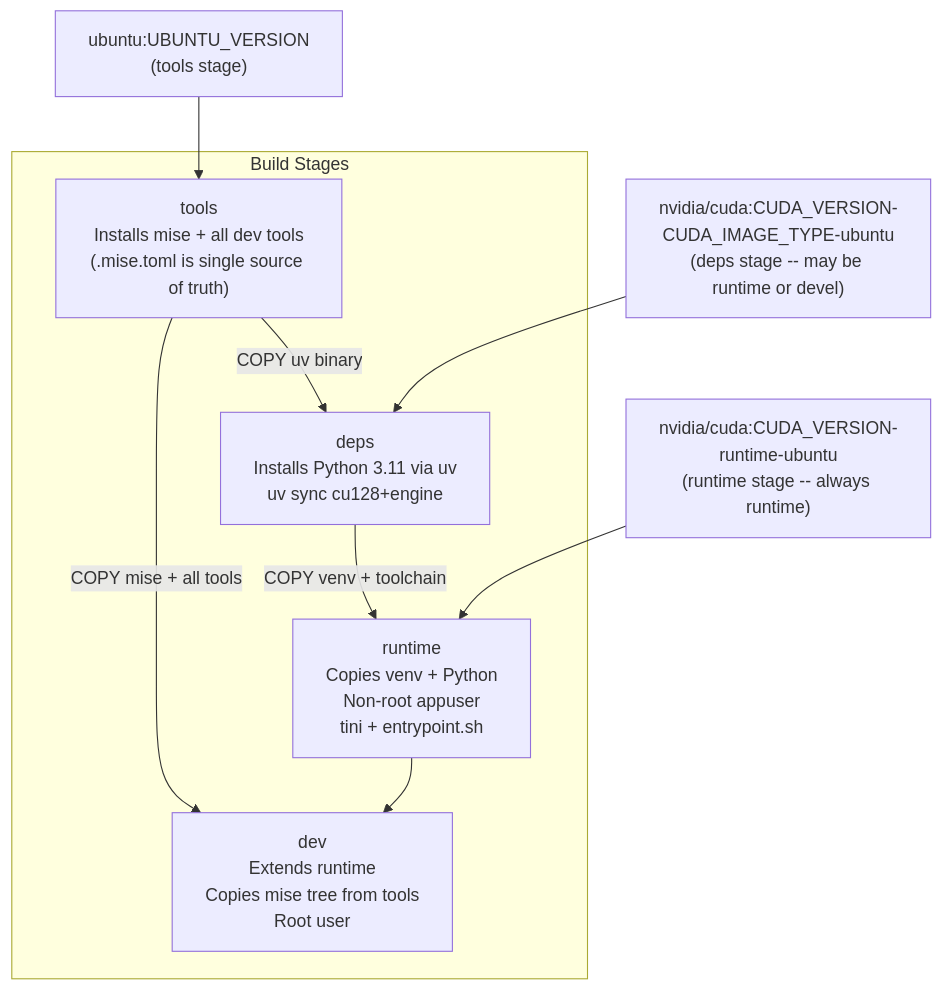
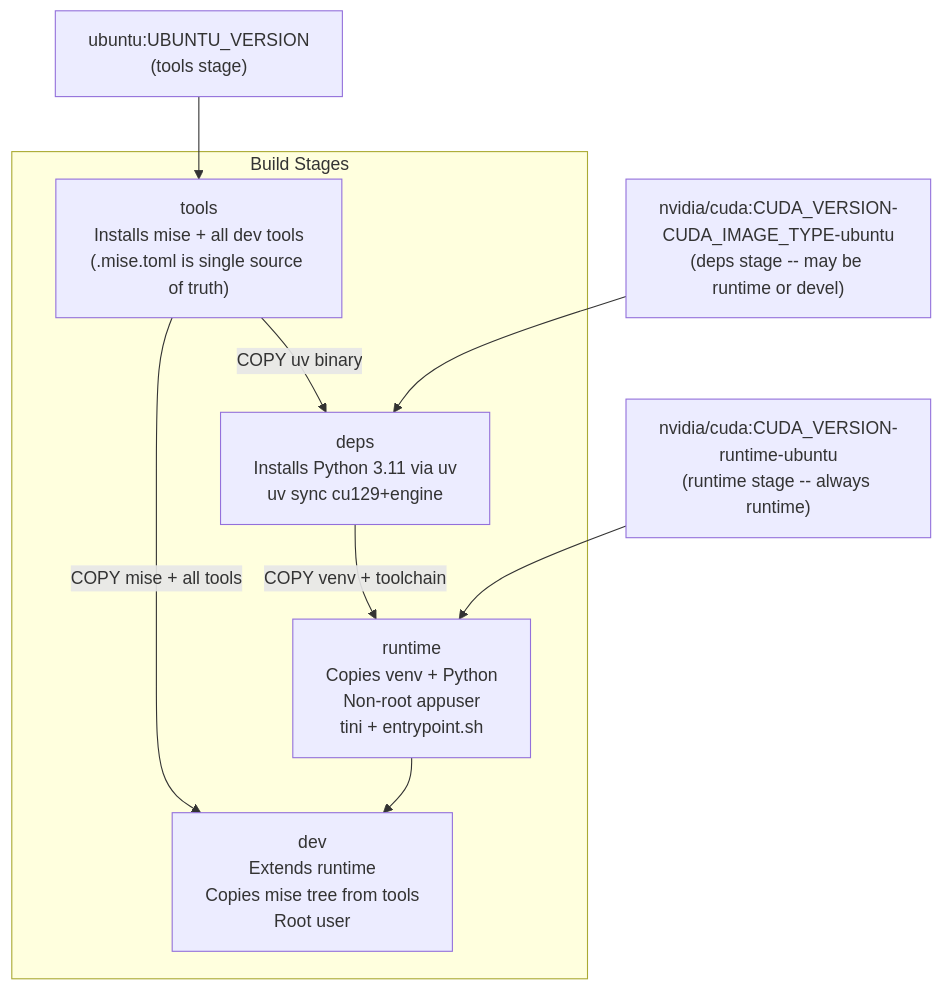
The diagram in docs/developer-guide/docker.md (NVIDIA-NeMo/Safe-Synthesizer), drawn with Mermaid before and after one commit. The commit also changed other lines of this file and 28 other files, not shown here.

````diff
--- a/docs/developer-guide/docker.md
+++ b/docs/developer-guide/docker.md
@@ -19,21 +19,21 @@
 ```mermaid
 flowchart TD
     ubuntuBase["ubuntu:UBUNTU_VERSION\n(tools stage)"]
     cudaBuild["nvidia/cuda:CUDA_VERSION-CUDA_IMAGE_TYPE-ubuntu\n(deps stage -- may be runtime or devel)"]
     cudaRuntime["nvidia/cuda:CUDA_VERSION-runtime-ubuntu\n(runtime stage -- always runtime)"]
 
     subgraph stages [Build Stages]
         tools["tools\nInstalls mise + all dev tools\n(.mise.toml is single source of truth)"]
-        deps["deps\nInstalls Python 3.11 via uv\nuv sync cu128+engine"]
+        deps["deps\nInstalls Python 3.11 via uv\nuv sync cu129+engine"]
         runtime["runtime\nCopies venv + Python\nNon-root appuser\ntini + entrypoint.sh"]
         dev["dev\nExtends runtime\nCopies mise tree from tools\nRoot user"]
     end
 
     ubuntuBase --> tools
     tools -->|"COPY uv binary"| deps
     cudaBuild --> deps
     deps -->|"COPY venv + toolchain"| runtime
     cudaRuntime --> runtime
     runtime --> dev
     tools -->|"COPY mise + all tools"| dev
 ```
````
